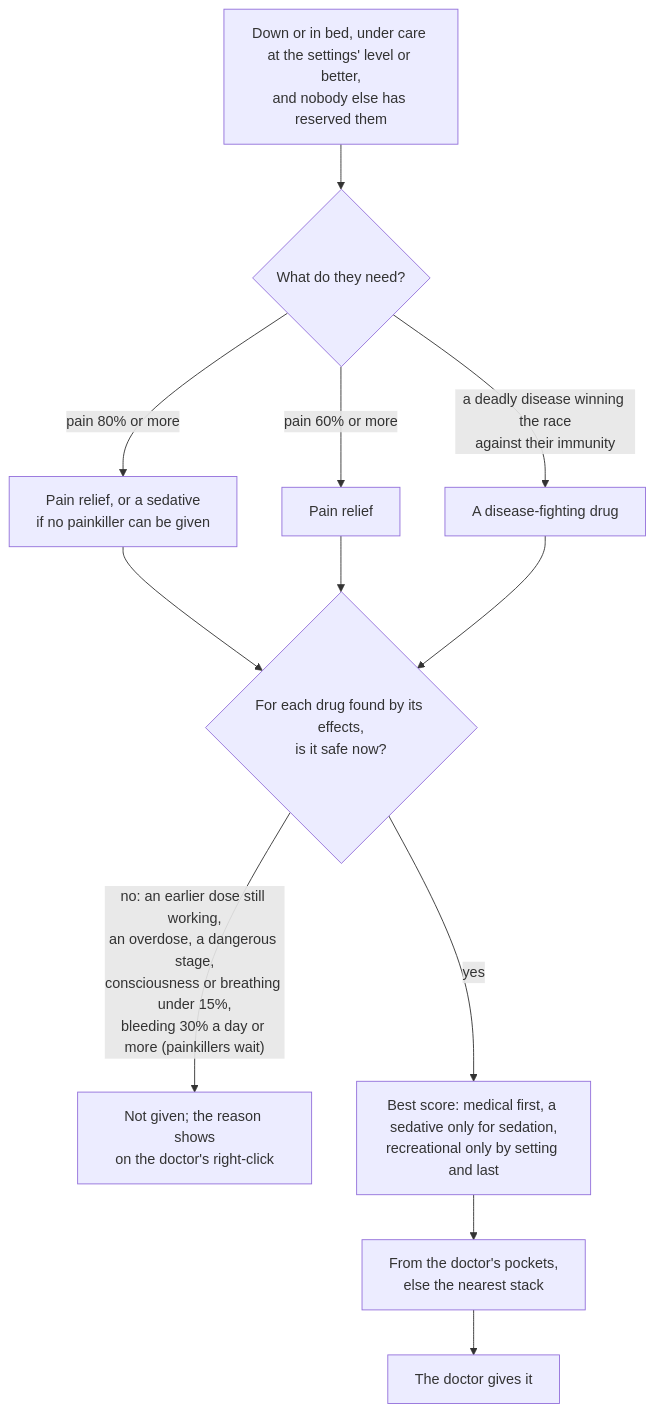
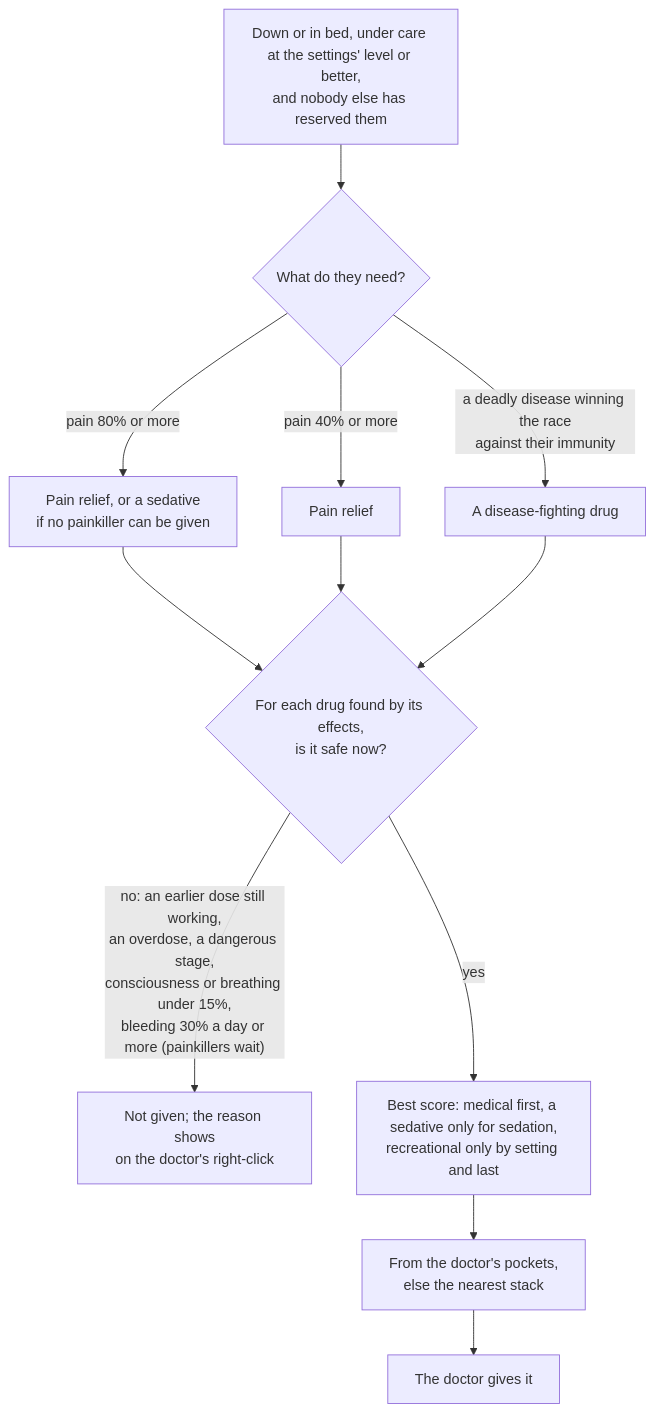
Before and after one commit to phobos-dthorga/phobos-rimworld: the second of 5 diagrams in mods/PhobosMedical/README.md, drawn with Mermaid. The commit also changed other lines of this file and 12 other files, not shown here.

````diff
--- a/mods/PhobosMedical/README.md
+++ b/mods/PhobosMedical/README.md
@@ -236,13 +237,13 @@
 ```mermaid
 flowchart TD
     Patient["Down or in bed, under care at the settings' level or better,<br/>and nobody else has reserved them"] --> Need{"What do they need?"}
     Need -- "pain 80% or more" --> Sedation["Pain relief, or a sedative<br/>if no painkiller can be given"]
-    Need -- "pain 60% or more" --> Pain["Pain relief"]
+    Need -- "pain 40% or more" --> Pain["Pain relief"]
     Need -- "a deadly disease winning the race<br/>against their immunity" --> Immunity["A disease-fighting drug"]
     Sedation --> Safe
     Pain --> Safe
     Immunity --> Safe
     Safe{"For each drug found by its effects,<br/>is it safe now?"} -- "no: an earlier dose still working,<br/>an overdose, a dangerous stage,<br/>consciousness or breathing under 15%,<br/>bleeding 30% a day or more (painkillers wait)" --> Refuse["Not given; the reason shows<br/>on the doctor's right-click"]
     Safe -- "yes" --> Choose["Best score: medical first, a sedative only for sedation,<br/>recreational only by setting and last"]
     Choose --> Fetch["From the doctor's pockets,<br/>else the nearest stack"] --> Give["The doctor gives it"]
 ```
````
